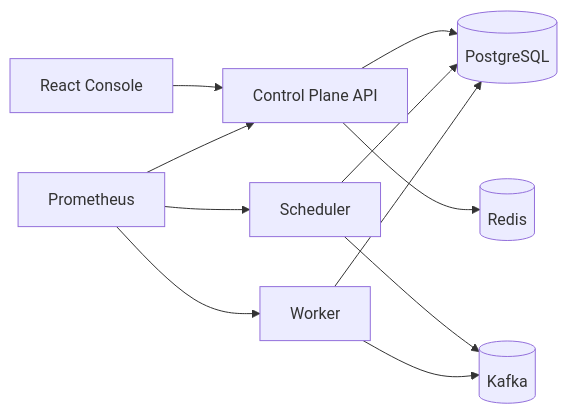
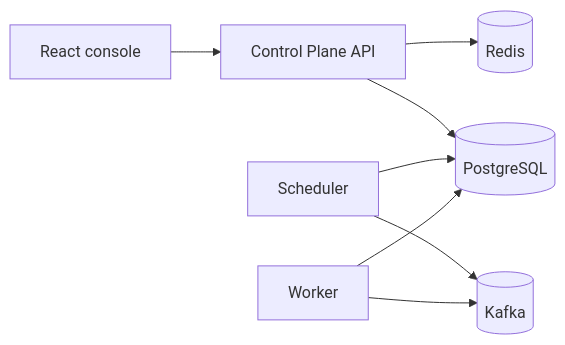
Before and after one commit to mihirgamre/taskforge: the diagram in README.md, drawn with Mermaid. The commit also changed other lines of this file and 5 other files, not shown here.

````diff
--- a/README.md
+++ b/README.md
@@ -20,13 +23,10 @@
 ```mermaid
 flowchart LR
-  Browser[React Console] --> CP[Control Plane API]
-  CP --> PG[(PostgreSQL)]
-  CP --> Redis[(Redis)]
-  Scheduler[Scheduler] --> PG
-  Scheduler --> Kafka[(Kafka)]
-  Worker[Worker] --> Kafka
-  Worker --> PG
-  Prom[Prometheus] --> CP
-  Prom --> Scheduler
-  Prom --> Worker
+  UI[React console] --> API[Control Plane API]
+  API --> DB[(PostgreSQL)]
+  API --> Cache[(Redis)]
+  Scheduler[Scheduler] --> DB
+  Scheduler --> Bus[(Kafka)]
+  Worker[Worker] --> Bus
+  Worker --> DB
 ```
````
